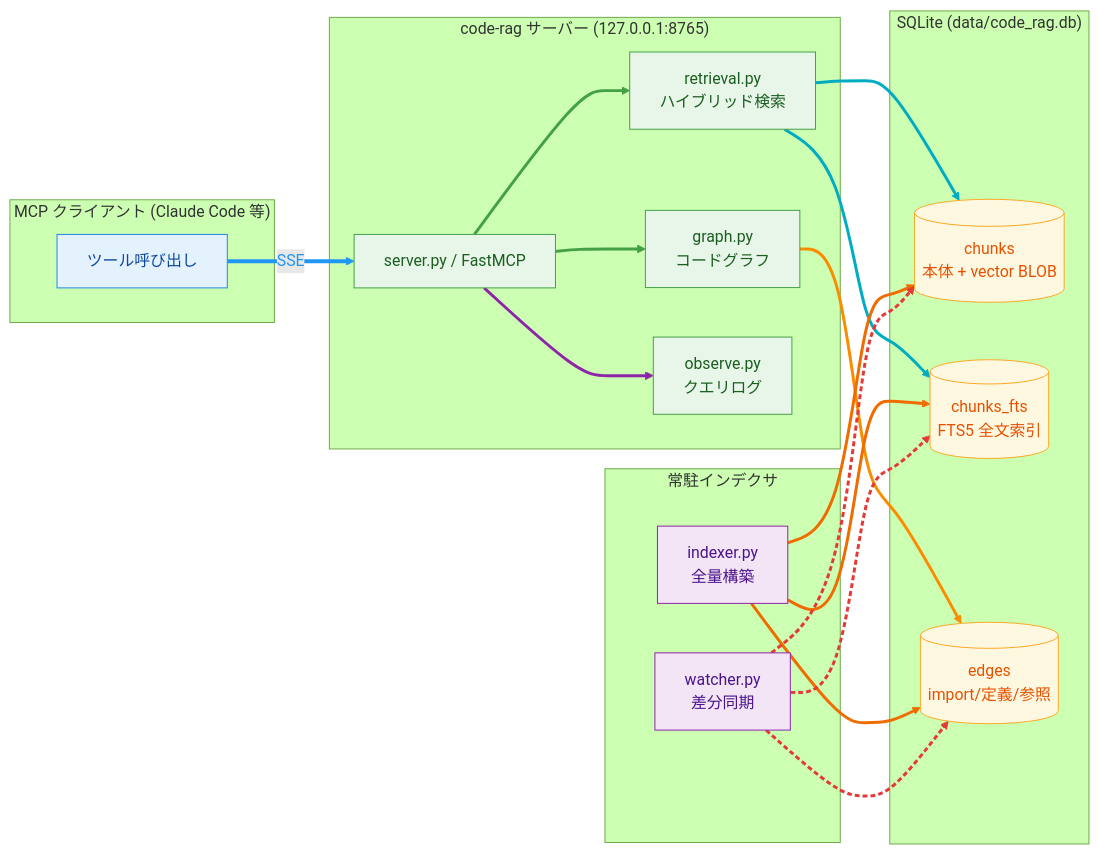
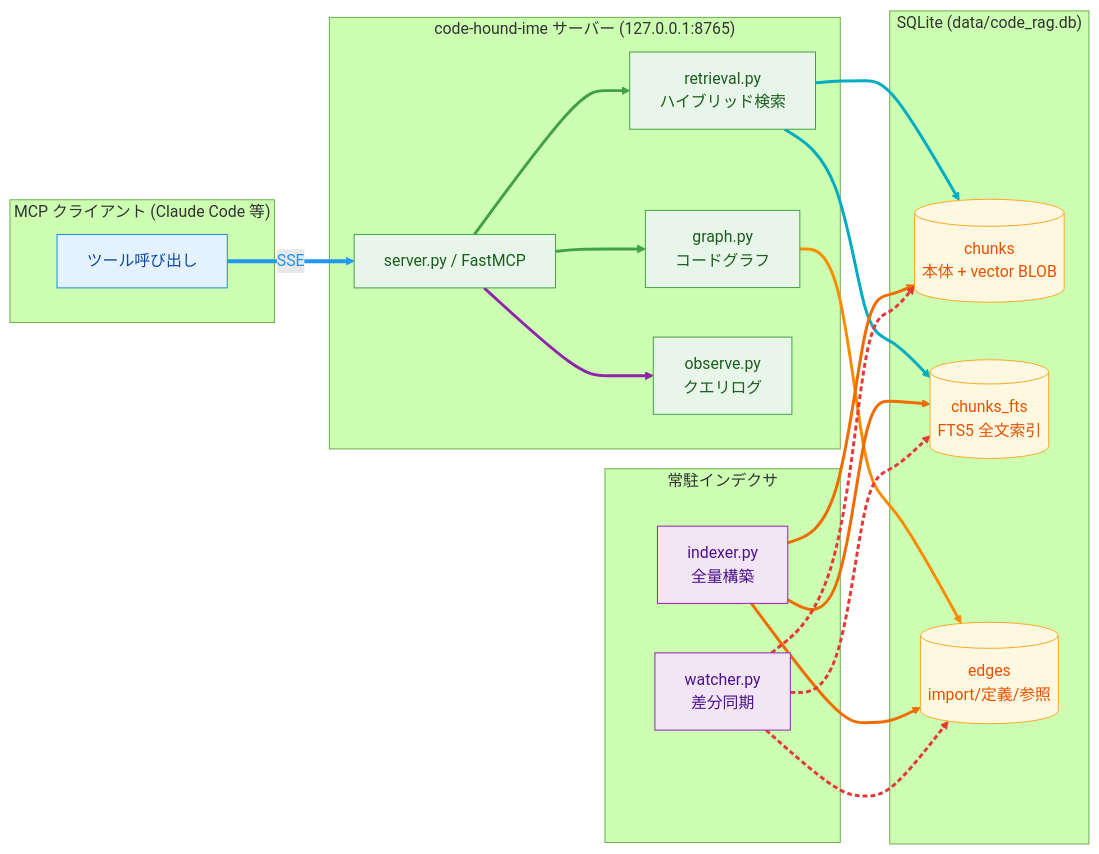
Before and after one commit to n-tong009/code-hound-intel-mac-edition: the first of 5 diagrams in README.md, drawn with Mermaid (forest theme). The commit also changed other lines of this file, not shown here.

```diff
--- a/README.md
+++ b/README.md
@@ -52,7 +54,7 @@
     C[ツール呼び出し]
 end
 
-subgraph Server["code-rag サーバー (127.0.0.1:8765)"]
+subgraph Server["code-hound-ime サーバー (127.0.0.1:8765)"]
     S[server.py / FastMCP]
     R[retrieval.py<br/>ハイブリッド検索]
     G[graph.py<br/>コードグラフ]
```
